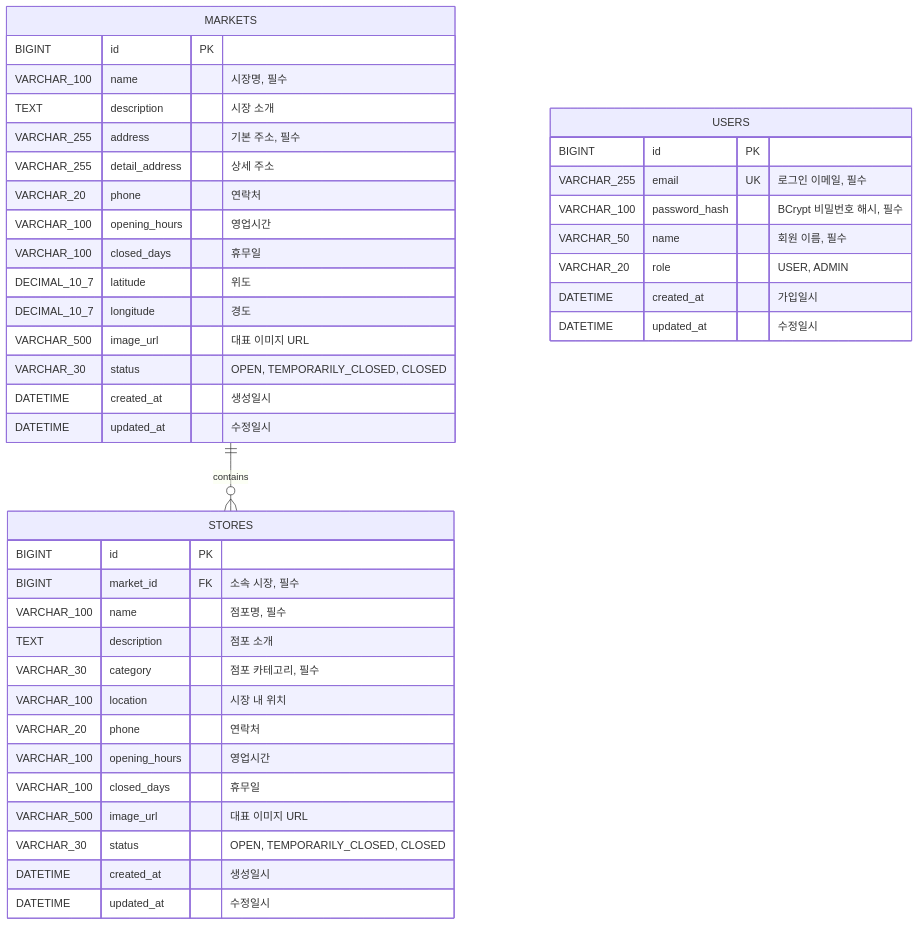
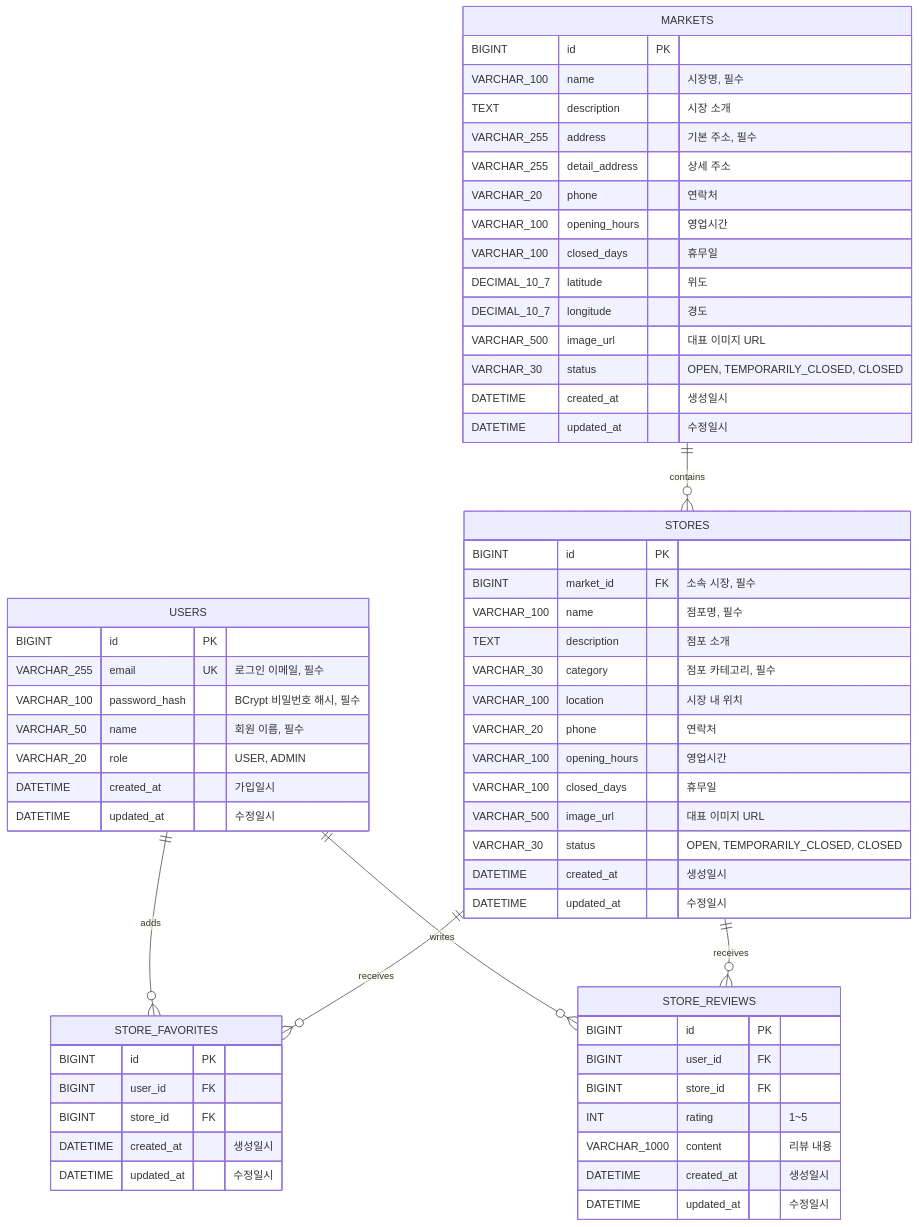
Before and after one commit to oddoos7/traditional-market: the diagram in docs/erd.md, drawn with Mermaid. The commit also changed other lines of this file and 10 other files, not shown here.

````diff
--- a/docs/erd.md
+++ b/docs/erd.md
@@ -5,47 +5,69 @@
 ```mermaid
 erDiagram
     MARKETS ||--o{ STORES : contains
+    USERS ||--o{ STORE_FAVORITES : adds
+    STORES ||--o{ STORE_FAVORITES : receives
+    USERS ||--o{ STORE_REVIEWS : writes
+    STORES ||--o{ STORE_REVIEWS : receives
 
     MARKETS {
         BIGINT id PK
         VARCHAR_100 name "시장명, 필수"
         TEXT description "시장 소개"
         VARCHAR_255 address "기본 주소, 필수"
         VARCHAR_255 detail_address "상세 주소"
         VARCHAR_20 phone "연락처"
         VARCHAR_100 opening_hours "영업시간"
         VARCHAR_100 closed_days "휴무일"
         DECIMAL_10_7 latitude "위도"
         DECIMAL_10_7 longitude "경도"
         VARCHAR_500 image_url "대표 이미지 URL"
         VARCHAR_30 status "OPEN, TEMPORARILY_CLOSED, CLOSED"
         DATETIME created_at "생성일시"
         DATETIME updated_at "수정일시"
     }
 
     STORES {
         BIGINT id PK
         BIGINT market_id FK "소속 시장, 필수"
         VARCHAR_100 name "점포명, 필수"
         TEXT description "점포 소개"
         VARCHAR_30 category "점포 카테고리, 필수"
         VARCHAR_100 location "시장 내 위치"
         VARCHAR_20 phone "연락처"
         VARCHAR_100 opening_hours "영업시간"
         VARCHAR_100 closed_days "휴무일"
         VARCHAR_500 image_url "대표 이미지 URL"
         VARCHAR_30 status "OPEN, TEMPORARILY_CLOSED, CLOSED"
         DATETIME created_at "생성일시"
         DATETIME updated_at "수정일시"
     }
 
     USERS {
         BIGINT id PK
         VARCHAR_255 email UK "로그인 이메일, 필수"
         VARCHAR_100 password_hash "BCrypt 비밀번호 해시, 필수"
         VARCHAR_50 name "회원 이름, 필수"
         VARCHAR_20 role "USER, ADMIN"
         DATETIME created_at "가입일시"
         DATETIME updated_at "수정일시"
     }
+
+    STORE_FAVORITES {
+        BIGINT id PK
+        BIGINT user_id FK
+        BIGINT store_id FK
+        DATETIME created_at "생성일시"
+        DATETIME updated_at "수정일시"
+    }
+
+    STORE_REVIEWS {
+        BIGINT id PK
+        BIGINT user_id FK
+        BIGINT store_id FK
+        INT rating "1~5"
+        VARCHAR_1000 content "리뷰 내용"
+        DATETIME created_at "생성일시"
+        DATETIME updated_at "수정일시"
+    }
 ```
````
